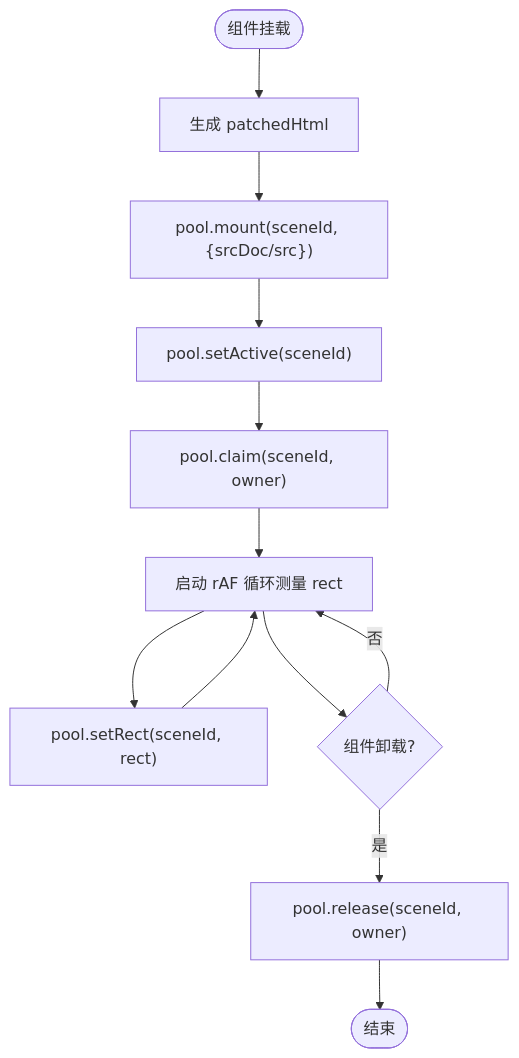
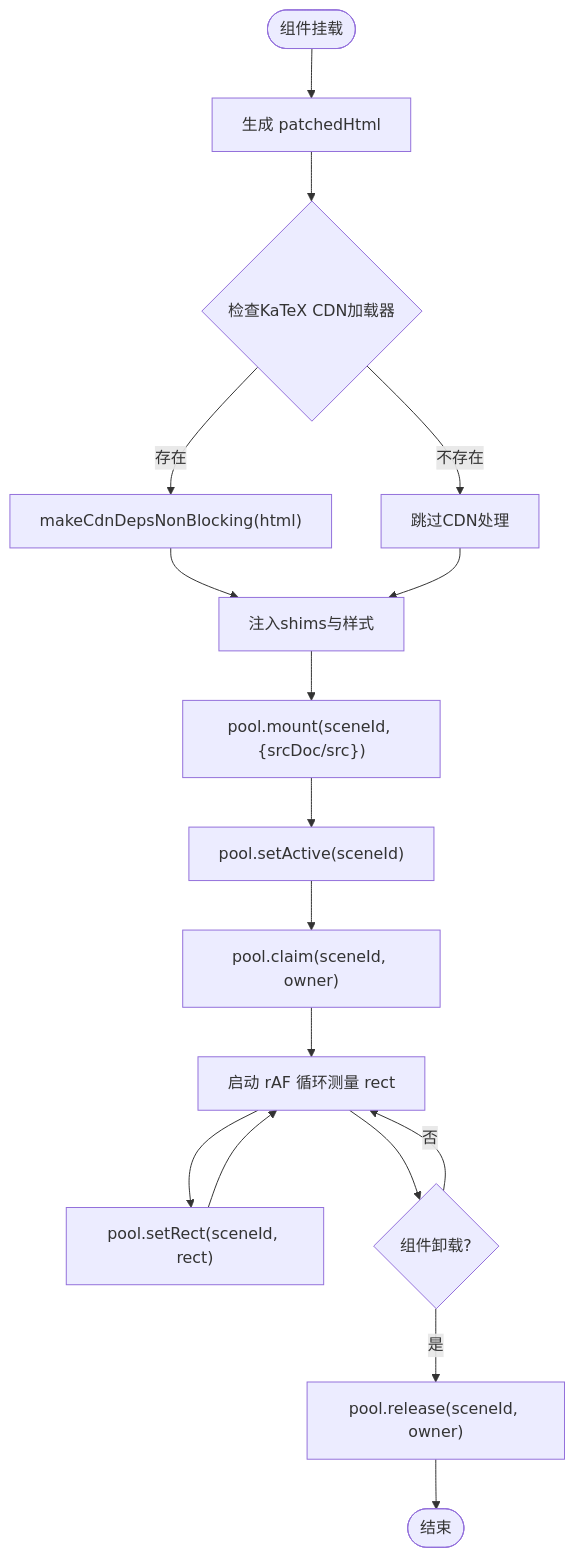
Before and after one commit to huangboheng/OpenMAIC: the third of 8 diagrams in .qoder/repowiki/zh/content/UI 组件系统/场景渲染组件/交互式内容渲染器.md, drawn with Mermaid. The commit also changed other lines of this file and 43 other files, not shown here.

````diff
--- a/.qoder/repowiki/zh/content/UI 组件系统/场景渲染组件/交互式内容渲染器.md
+++ b/.qoder/repowiki/zh/content/UI 组件系统/场景渲染组件/交互式内容渲染器.md
@@ -189,14 +223,19 @@
 ```mermaid
 flowchart TD
 Start(["组件挂载"]) --> Patch["生成 patchedHtml"]
-Patch --> Mount["pool.mount(sceneId, {srcDoc/src})"]
+Patch --> CdnCheck{"检查KaTeX CDN加载器"}
+CdnCheck --> |存在| MakeNonBlocking["makeCdnDepsNonBlocking(html)"]
+CdnCheck --> |不存在| SkipCdn["跳过CDN处理"]
+MakeNonBlocking --> InjectShims["注入shims与样式"]
+SkipCdn --> InjectShims
+InjectShims --> Mount["pool.mount(sceneId, {srcDoc/src})"]
 Mount --> Active["pool.setActive(sceneId)"]
 Active --> Claim["pool.claim(sceneId, owner)"]
 Claim --> Measure["启动 rAF 循环测量 rect"]
 Measure --> UpdateRect["pool.setRect(sceneId, rect)"]
 UpdateRect --> Measure
 Measure --> Unmount{"组件卸载?"}
 Unmount --> |否| Measure
 Unmount --> |是| Release["pool.release(sceneId, owner)"]
 Release --> End(["结束"])
 ```
````
